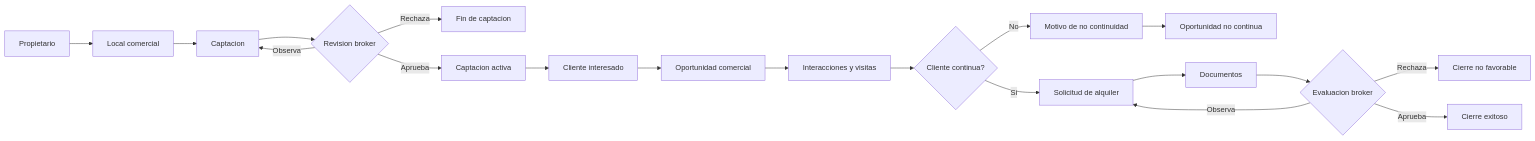
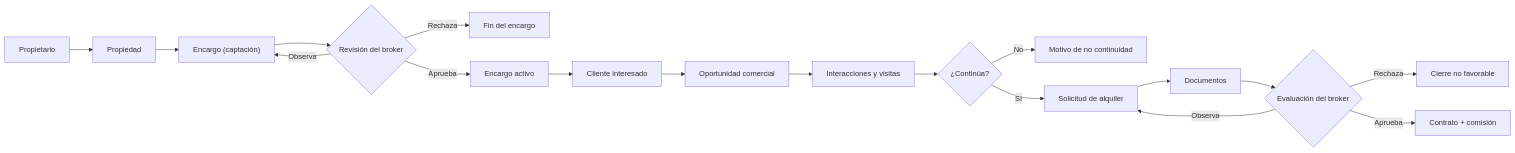
Before and after one commit to IvanBaltazar-Dev/ControlLocal: the diagram in README.md, drawn with Mermaid. The commit also changed other lines of this file and 122 other files, not shown here.

````diff
--- a/README.md
+++ b/README.md
@@ -75,21 +51,20 @@
 ```mermaid
 flowchart LR
-    A["Propietario"] --> B["Local comercial"]
-    B --> C["Captacion"]
-    C --> D{"Revision broker"}
+    A["Propietario"] --> B["Propiedad"]
+    B --> C["Encargo (captación)"]
+    C --> D{"Revisión del broker"}
     D -->|"Observa"| C
-    D -->|"Rechaza"| X["Fin de captacion"]
-    D -->|"Aprueba"| E["Captacion activa"]
+    D -->|"Rechaza"| X["Fin del encargo"]
+    D -->|"Aprueba"| E["Encargo activo"]
     E --> F["Cliente interesado"]
     F --> G["Oportunidad comercial"]
     G --> H["Interacciones y visitas"]
-    H --> I{"Cliente continua?"}
+    H --> I{"¿Continúa?"}
     I -->|"No"| J["Motivo de no continuidad"]
-    J --> K["Oportunidad no continua"]
-    I -->|"Si"| L["Solicitud de alquiler"]
+    I -->|"Sí"| L["Solicitud de alquiler"]
     L --> M["Documentos"]
-    M --> N{"Evaluacion broker"}
+    M --> N{"Evaluación del broker"}
     N -->|"Observa"| L
     N -->|"Rechaza"| O["Cierre no favorable"]
-    N -->|"Aprueba"| P["Cierre exitoso"]
+    N -->|"Aprueba"| P["Contrato + comisión"]
 ```
````
